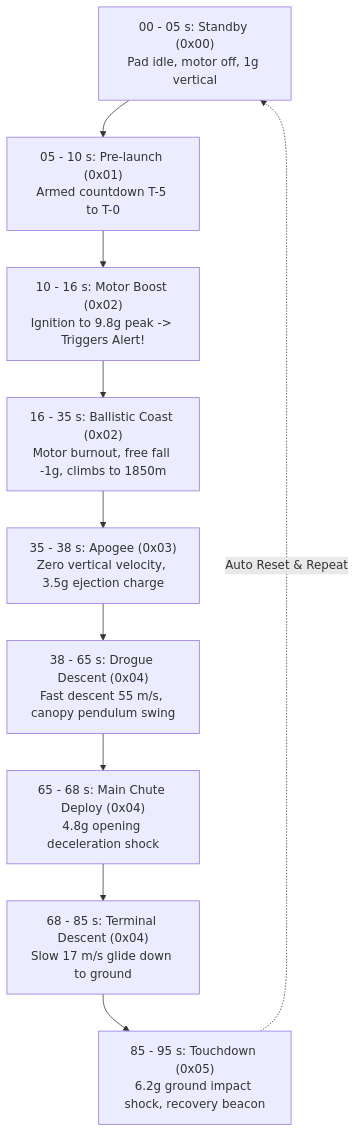
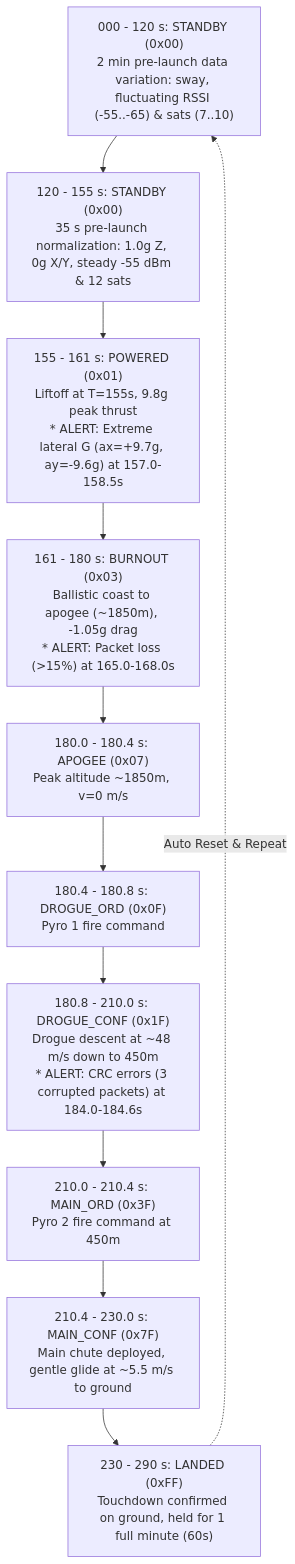
One commit to Invenciones-Espaciales/estacion-terrena-cansat changed the diagram in arduino/telemetry_simulator/README.md. Above: the diagram before and after it, drawn with Mermaid. The commit also changed other lines of this file and 1 other file, not shown here.

````diff
--- a/arduino/telemetry_simulator/README.md
+++ b/arduino/telemetry_simulator/README.md
@@ -37,12 +26,13 @@
 ```mermaid
 flowchart TD
-    P0["00 - 05 s: Standby (0x00)\nPad idle, motor off, 1g vertical"] --> P1["05 - 10 s: Pre-launch (0x01)\nArmed countdown T-5 to T-0"]
-    P1 --> P2["10 - 16 s: Motor Boost (0x02)\nIgnition to 9.8g peak -> Triggers Alert!"]
-    P2 --> P3["16 - 35 s: Ballistic Coast (0x02)\nMotor burnout, free fall -1g, climbs to 1850m"]
-    P3 --> P4["35 - 38 s: Apogee (0x03)\nZero vertical velocity, 3.5g ejection charge"]
-    P4 --> P5["38 - 65 s: Drogue Descent (0x04)\nFast descent 55 m/s, canopy pendulum swing"]
-    P5 --> P6["65 - 68 s: Main Chute Deploy (0x04)\n4.8g opening deceleration shock"]
-    P6 --> P7["68 - 85 s: Terminal Descent (0x04)\nSlow 17 m/s glide down to ground"]
-    P7 --> P8["85 - 95 s: Touchdown (0x05)\n6.2g ground impact shock, recovery beacon"]
-    P8 -. Auto Reset & Repeat .-> P0
+    P1["000 - 120 s: STANDBY (0x00)\n2 min pre-launch data variation: sway, fluctuating RSSI (-55..-65) & sats (7..10)"] --> P2["120 - 155 s: STANDBY (0x00)\n35 s pre-launch normalization: 1.0g Z, 0g X/Y, steady -55 dBm & 12 sats"]
+    P2 --> P3["155 - 161 s: POWERED (0x01)\nLiftoff at T=155s, 9.8g peak thrust\n* ALERT: Extreme lateral G (ax=+9.7g, ay=-9.6g) at 157.0-158.5s"]
+    P3 --> P4["161 - 180 s: BURNOUT (0x03)\nBallistic coast to apogee (~1850m), -1.05g drag\n* ALERT: Packet loss (>15%) at 165.0-168.0s"]
+    P4 --> P5["180.0 - 180.4 s: APOGEE (0x07)\nPeak altitude ~1850m, v=0 m/s"]
+    P5 --> P6["180.4 - 180.8 s: DROGUE_ORD (0x0F)\nPyro 1 fire command"]
+    P6 --> P7["180.8 - 210.0 s: DROGUE_CONF (0x1F)\nDrogue descent at ~48 m/s down to 450m\n* ALERT: CRC errors (3 corrupted packets) at 184.0-184.6s"]
+    P7 --> P8["210.0 - 210.4 s: MAIN_ORD (0x3F)\nPyro 2 fire command at 450m"]
+    P8 --> P9["210.4 - 230.0 s: MAIN_CONF (0x7F)\nMain chute deployed, gentle glide at ~5.5 m/s to ground"]
+    P9 --> P10["230 - 290 s: LANDED (0xFF)\nTouchdown confirmed on ground, held for 1 full minute (60s)"]
+    P10 -. Auto Reset & Repeat .-> P1
 ```
````
